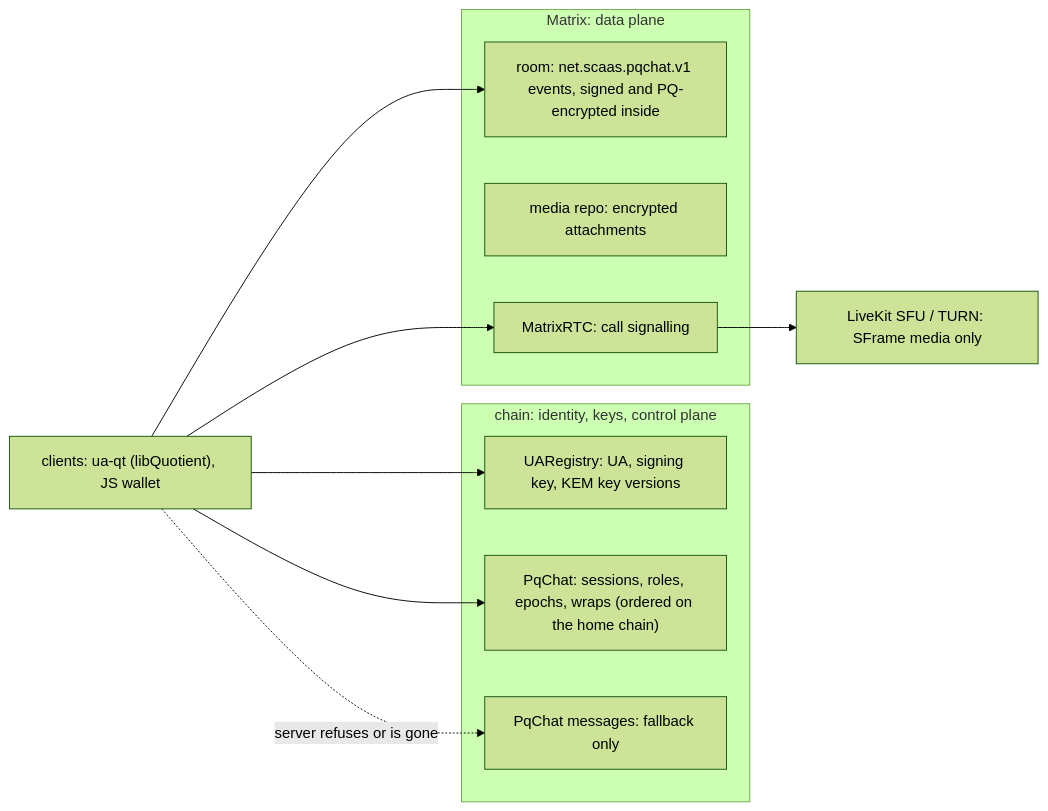
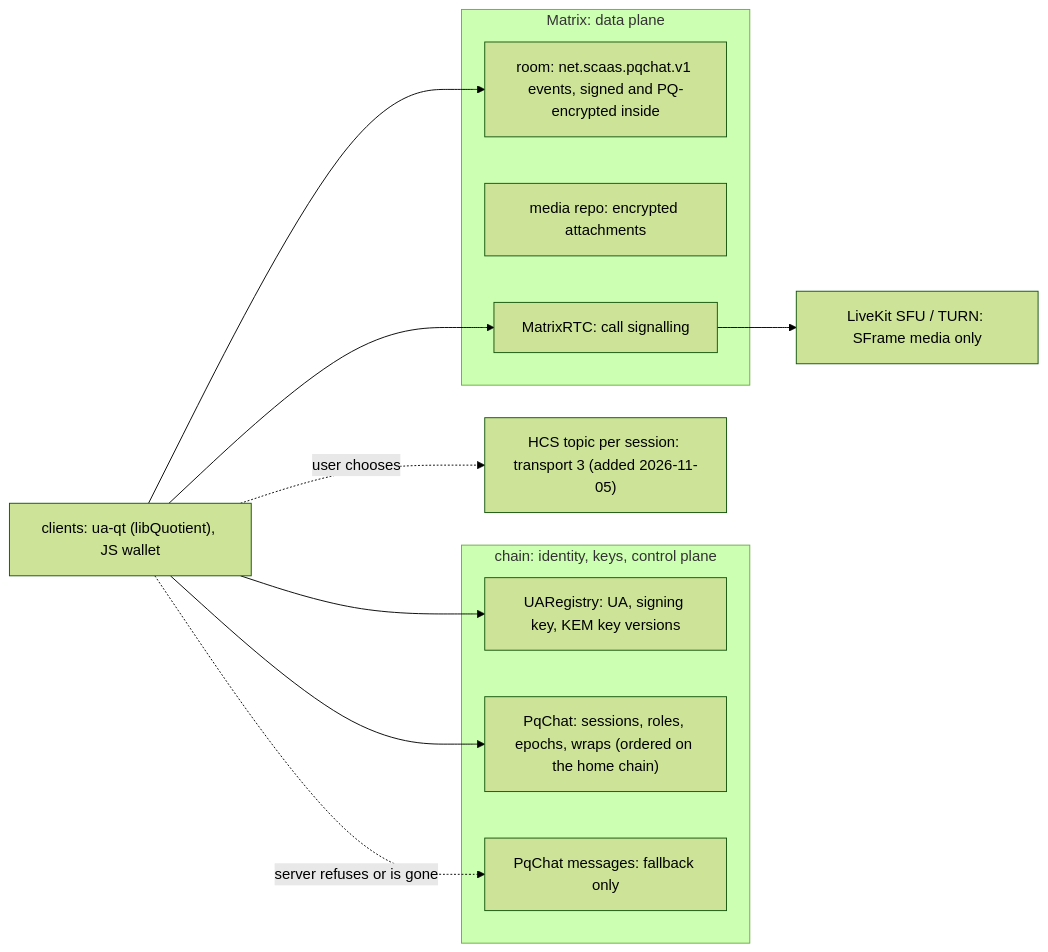
Before and after one commit to dinhduongha/scaas: the diagram in docs/research/pqchat-overview.md, drawn with Mermaid (forest theme). The commit also changed other lines of this file and 3 other files, not shown here.

First line of the commit message:
ua7: HCS as the third transport (owner 2026-11-05)

````diff
--- a/docs/research/pqchat-overview.md
+++ b/docs/research/pqchat-overview.md
@@ -11,20 +15,22 @@
 ```mermaid
 flowchart LR
   subgraph CHAIN["chain: identity, keys, control plane"]
     REG["UARegistry: UA, signing key, KEM key versions"]
     PQC["PqChat: sessions, roles, epochs, wraps (ordered on the home chain)"]
     FB["PqChat messages: fallback only"]
   end
   subgraph MX["Matrix: data plane"]
     ROOM["room: net.scaas.pqchat.v1 events, signed and PQ-encrypted inside"]
     MEDIA["media repo: encrypted attachments"]
     RTC["MatrixRTC: call signalling"]
   end
+  TOPIC["HCS topic per session: transport 3 (added 2026-11-05)"]
   SFU["LiveKit SFU / TURN: SFrame media only"]
   CL["clients: ua-qt (libQuotient), JS wallet"]
   CL --> REG
   CL --> PQC
   CL --> ROOM
+  CL -.->|"user chooses"| TOPIC
   CL -.->|"server refuses or is gone"| FB
   CL --> RTC --> SFU
 ```
````
